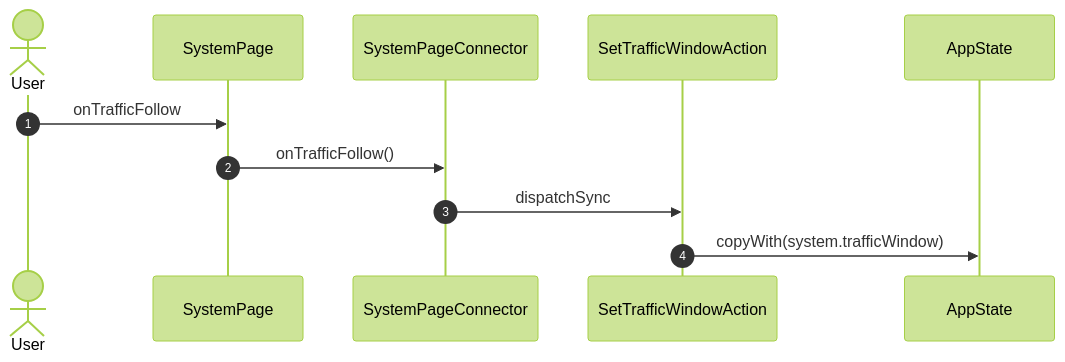
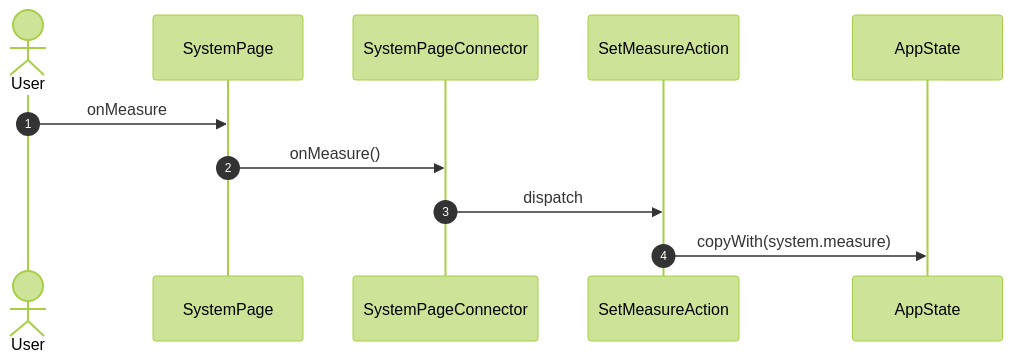
One commit to gencto/wyrm changed the seventh of 26 diagrams in studio/docs/flows/system.md. Above: the diagram before and after it, drawn with Mermaid (forest theme). The commit also changed other lines of this file and 88 other files, not shown here.

First line of the commit message:
studio: system: typed values, words in ui, one action per intent

````diff
--- a/studio/docs/flows/system.md
+++ b/studio/docs/flows/system.md
@@ -166,14 +114,14 @@
 ```mermaid
 sequenceDiagram
     autonumber
     actor User
     participant UI as SystemPage
     participant VM as SystemPageConnector
-    participant A1 as SetTrafficWindowAction
+    participant A1 as SetMeasureAction
     participant ST as AppState
 
-    User->>UI: onTrafficFollow
-    UI->>VM: onTrafficFollow()
-    VM->>A1: dispatchSync
-    A1->>ST: copyWith(system.trafficWindow)
+    User->>UI: onMeasure
+    UI->>VM: onMeasure()
+    VM->>A1: dispatch
+    A1->>ST: copyWith(system.measure)
 ```
````
